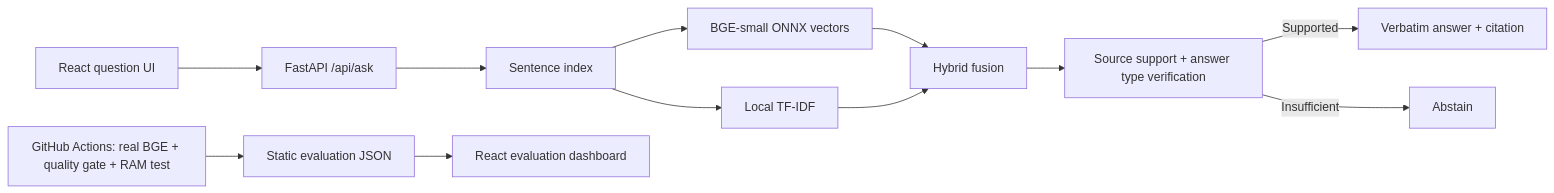
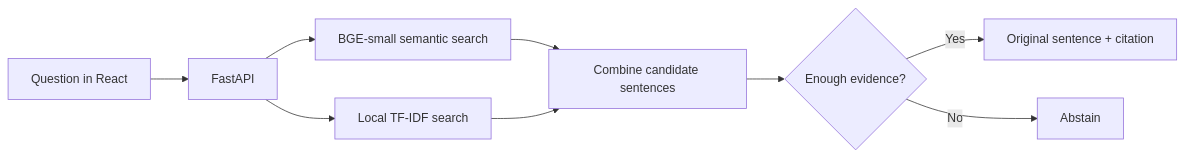
Before and after one commit to charithreddy9/EvidenceDesk-AI: the diagram in README.md, drawn with Mermaid. The commit also changed other lines of this file, not shown here.

Commit message:
docs(staging): rewrite README around real engineering decisions and test findings

````diff
--- a/README.md
+++ b/README.md
@@ -30,14 +48,11 @@
 ```mermaid
 flowchart LR
-  U["React question UI"] --> API["FastAPI /api/ask"]
-  API --> IX["Sentence index"]
-  IX --> D["BGE-small ONNX vectors"]
-  IX --> S["Local TF-IDF"]
-  D --> F["Hybrid fusion"]
-  S --> F
-  F --> V["Source support + answer type verification"]
-  V -->|Supported| A["Verbatim answer + citation"]
-  V -->|Insufficient| X["Abstain"]
-  CI["GitHub Actions: real BGE + quality gate + RAM test"] --> REPORT["Static evaluation JSON"]
-  REPORT --> UI["React evaluation dashboard"]
+    Q["Question in React"] --> API["FastAPI"]
+    API --> BGE["BGE-small semantic search"]
+    API --> TF["Local TF-IDF search"]
+    BGE --> F["Combine candidate sentences"]
+    TF --> F
+    F --> V{"Enough evidence?"}
+    V -->|Yes| S["Original sentence + citation"]
+    V -->|No| A["Abstain"]
 ```
````
